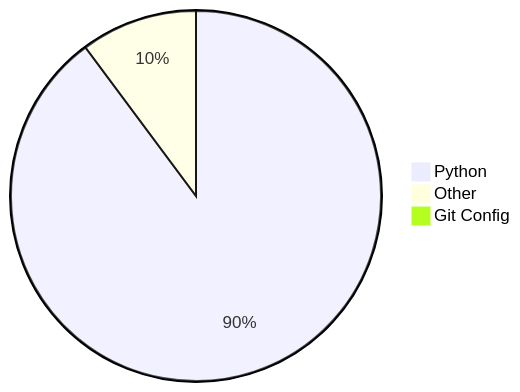
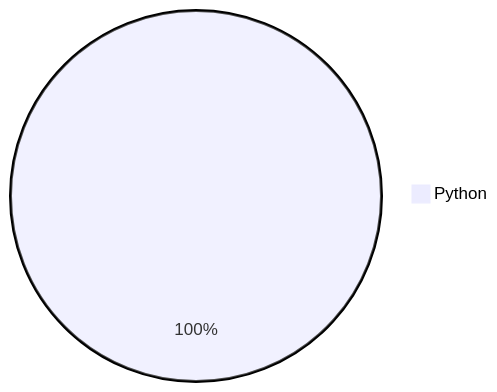
Before and after one commit to Alicia111/alicia111: the diagram in README.md, drawn with Mermaid.

Commit message:
Update WakaTime stats (・ω・)b

````diff
--- a/README.md
+++ b/README.md
@@ -32,6 +32,4 @@
 ```mermaid
 pie
-    "Python" : 89.81
-    "Other" : 10.18
-    "Git Config" : 0.01
+    "Python" : 100.0
 ```
````
